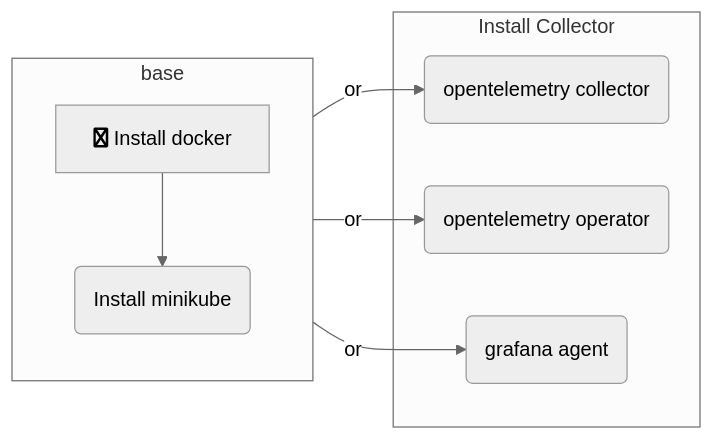
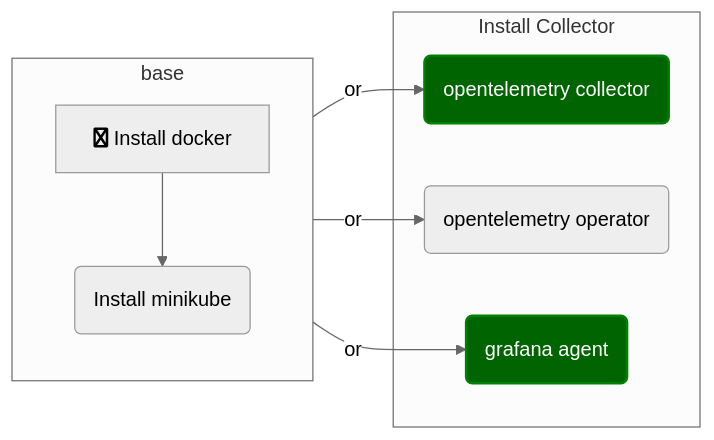
The diagram in README.md (devrimdemiroz/opentelemetry-browser), drawn with Mermaid (neutral theme) before and after one commit. The commit also changed other lines of this file, not shown here.

Commit message:
non-smooth operator

````diff
--- a/README.md
+++ b/README.md
@@ -46,18 +44,18 @@
 ```mermaid
 flowchart LR
-
+classDef dgreen fill:darkgreen,stroke:green,stroke-width:2px,color:#fff
     subgraph base
     docker[fa:fa-docker Install docker] --> minikube(Install minikube)
     end
 
     subgraph collectors[Install Collector]
     
-    otelcol( opentelemetry collector)
+    otelcol( opentelemetry collector):::dgreen
     oteloperator( opentelemetry operator)
      
-    grafanaagent(grafana agent)    
+    grafanaagent(grafana agent):::dgreen
     end
 
 base-->|or| otelcol & oteloperator & grafanaagent
 
 ```
````
